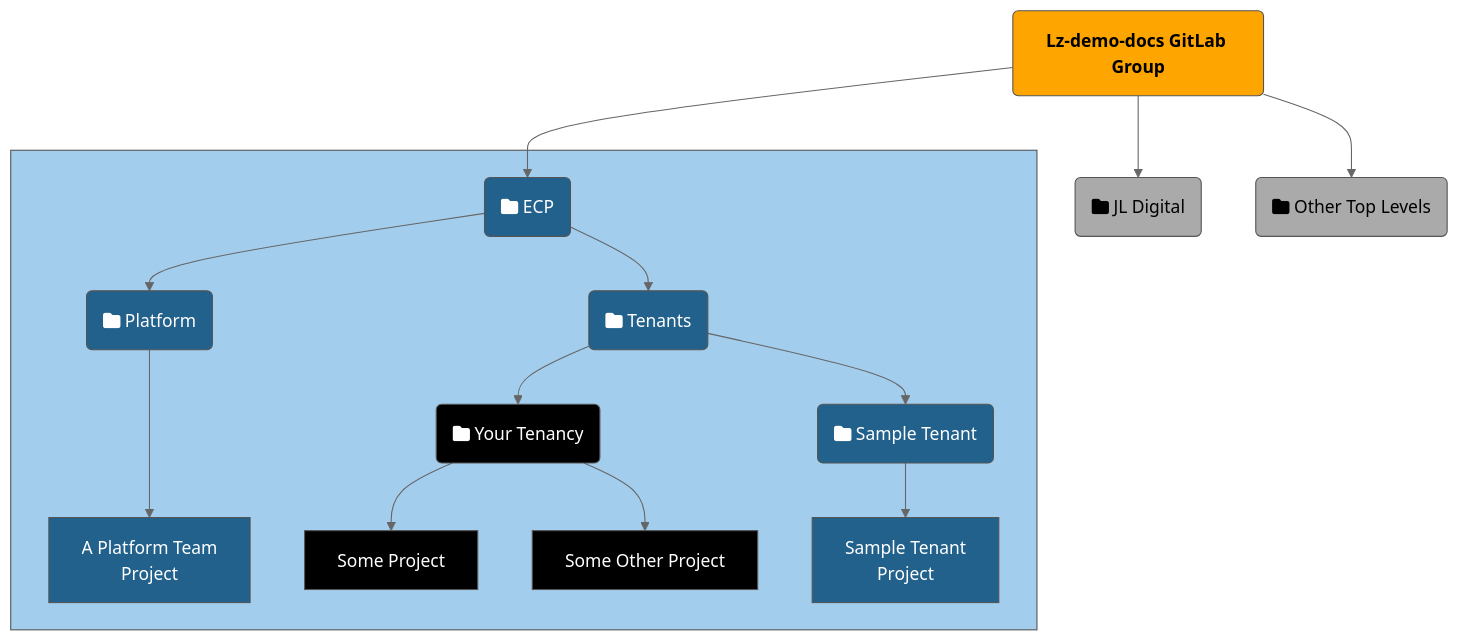
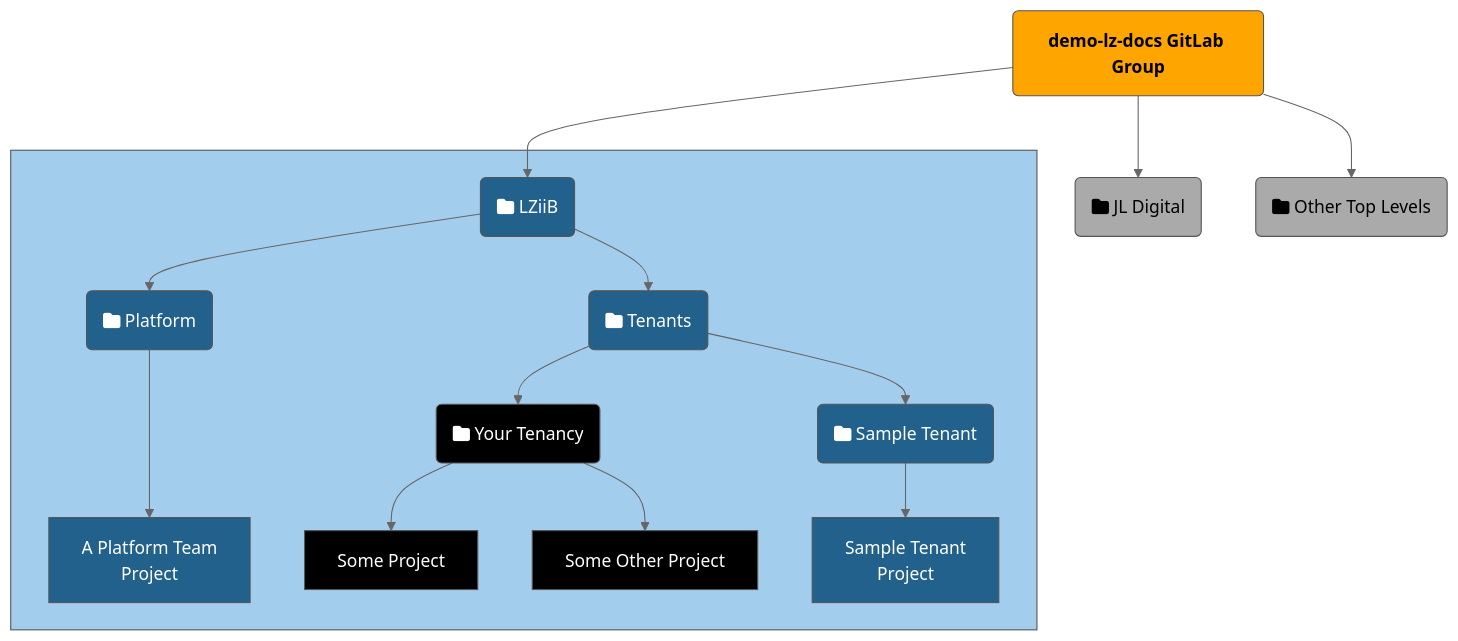
Before and after one commit to derailed-dash/demo-lz-docs: the second of 2 diagrams in content/epam-lz/onboarding/your-tenancy.md, drawn with Mermaid (neutral theme). The commit also changed other lines of this file and 49 other files, not shown here.

```diff
--- a/content/epam-lz/onboarding/your-tenancy.md
+++ b/content/epam-lz/onboarding/your-tenancy.md
@@ -129,25 +129,25 @@
 {{<mermaid align="left">}}
 graph TD
-    Lz-demo-docs("<b>Lz-demo-docs GitLab Group</b>") --> ECP(fa:fa-folder ECP) & digital(fa:fa-folder JL Digital) & other(fa:fa-folder Other Top Levels)
+    demo-lz-docs("<b>demo-lz-docs GitLab Group</b>") --> LZiiB(fa:fa-folder LZiiB) & digital(fa:fa-folder JL Digital) & other(fa:fa-folder Other Top Levels)
     subgraph STACK[" "]
-      ECP --> PLT(fa:fa-folder Platform) & TEN(fa:fa-folder Tenants)
+      LZiiB --> PLT(fa:fa-folder Platform) & TEN(fa:fa-folder Tenants)
       PLT ---> PltPrj["A Platform Team<br/>Project"]
       TEN --> YourTenancy(fa:fa-folder Your Tenancy) & SampleTenant(fa:fa-folder Sample Tenant)
       YourTenancy --> YourPrj[Some Project] & YourOtherPrj[Some Other Project]
       SampleTenant --> SamplePrj["Sample Tenant<br/>Project"]
     end
     
     classDef grey fill:#aaaaaa,stroke:#555;
     classDef orange fill:#ffa500,stroke:#555;
     classDef darkblue fill:#21618C,stroke:#555,color:white;
     classDef blue fill:#2874A6,stroke:#555,color:white;
     classDef black fill:black,stroke:#555,color:white;    
     classDef lightblue fill:#a3cded,stroke:#555;
     classDef green fill:#276551,color:white,stroke:#555,stroke-width:2px;
     
-    class Lz-demo-docs orange
+    class demo-lz-docs orange
     class digital,other grey
     class STACK lightblue
-    class ECP,PLT,TEN,SampleTenant,PltPrj,SamplePrj darkblue
+    class LZiiB,PLT,TEN,SampleTenant,PltPrj,SamplePrj darkblue
     class YourTenancy,YourPrj,YourOtherPrj black
 {{< /mermaid >}}
```
